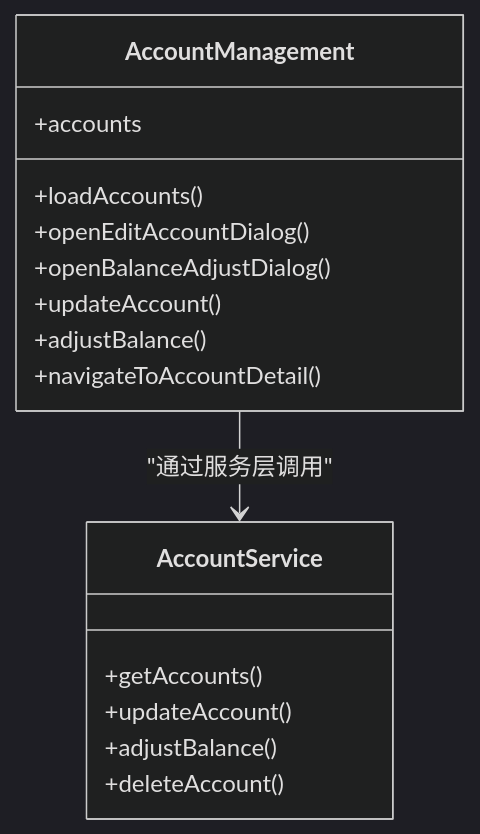
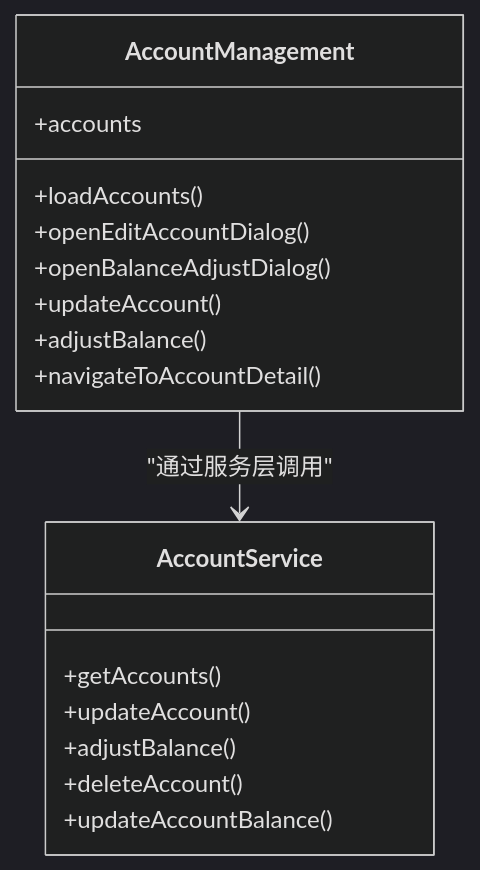
The fifth of 12 diagrams in .qoder/repowiki/zh/content/账户管理/账户管理.md (xiao-lin-unit/yuan), drawn with Mermaid (dark theme) before and after one commit. The commit also changed other lines of this file and 9 other files, not shown here.

````diff
--- a/.qoder/repowiki/zh/content/账户管理/账户管理.md
+++ b/.qoder/repowiki/zh/content/账户管理/账户管理.md
@@ -227,19 +227,20 @@
 ```mermaid
 classDiagram
 class AccountManagement {
 +accounts
 +loadAccounts()
 +openEditAccountDialog()
 +openBalanceAdjustDialog()
 +updateAccount()
 +adjustBalance()
 +navigateToAccountDetail()
 }
 class AccountService {
 +getAccounts()
 +updateAccount()
 +adjustBalance()
 +deleteAccount()
++updateAccountBalance()
 }
 AccountManagement --> AccountService : "通过服务层调用"
 ```
````
